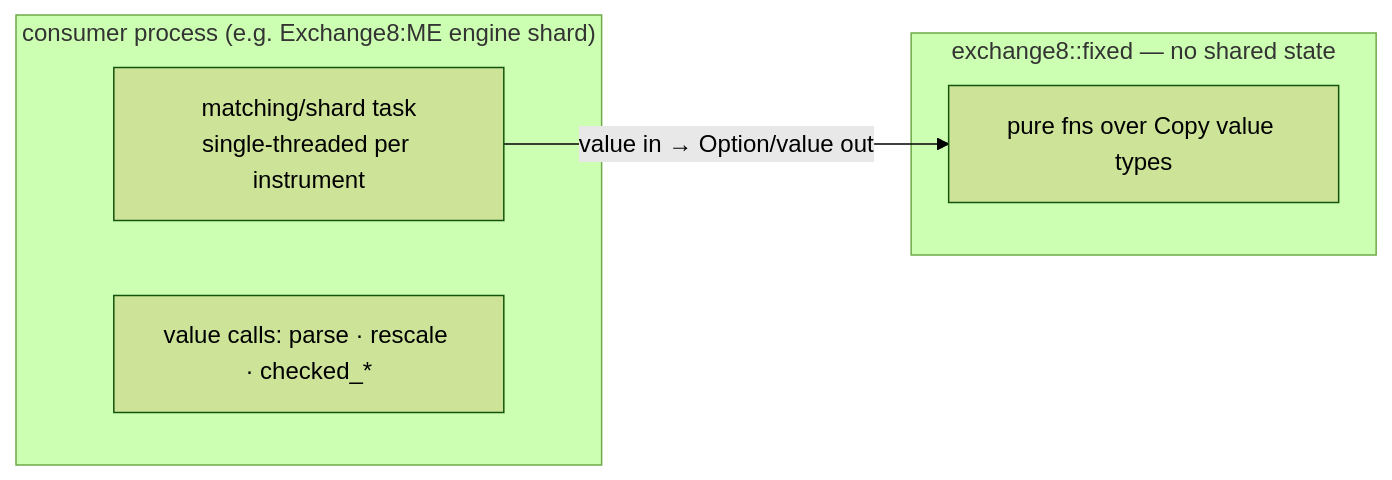
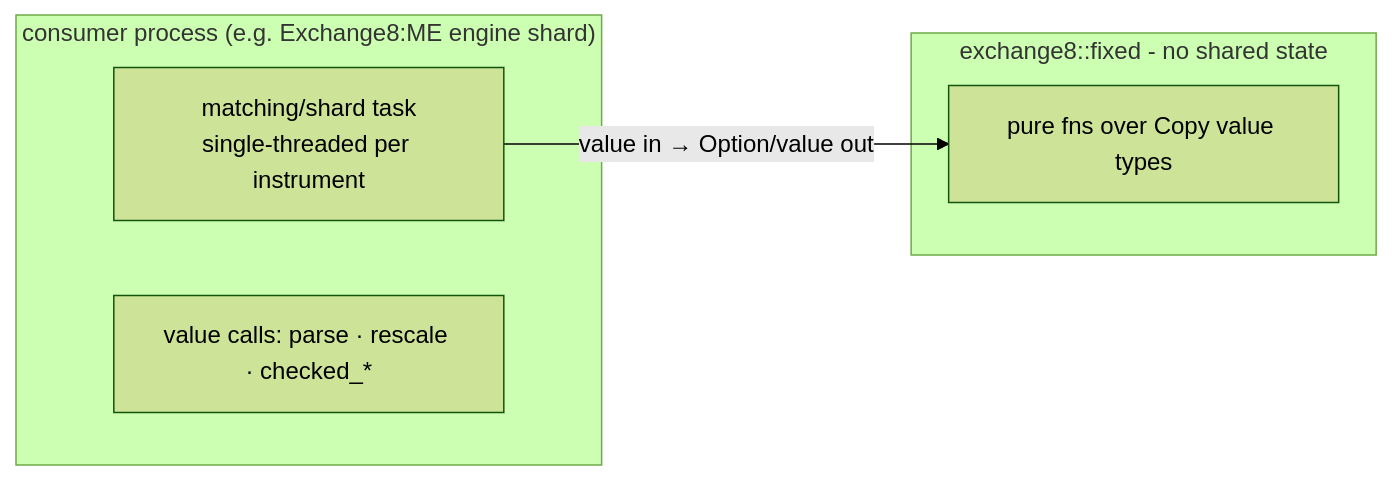
One commit to Exchange8-dev/exchange8-sdk changed the fifth of 6 diagrams in crates/fixed/DESIGN.md. Above: the diagram before and after it, drawn with Mermaid (forest theme). The commit also changed other lines of this file and 60 other files, not shown here.

````diff
--- a/crates/fixed/DESIGN.md
+++ b/crates/fixed/DESIGN.md
@@ -237,11 +237,11 @@
 ```mermaid
 graph LR
     subgraph CONSUMER["consumer process (e.g. Exchange8:ME engine shard)"]
         T["matching/shard task<br/>single-threaded per instrument"]
         C["value calls: parse · rescale · checked_*"]
     end
-    subgraph LIB["exchange8::fixed — no shared state"]
+    subgraph LIB["exchange8::fixed - no shared state"]
         F["pure fns over Copy value types"]
     end
     T -->|"value in → Option/value out"| F
 ```
````
